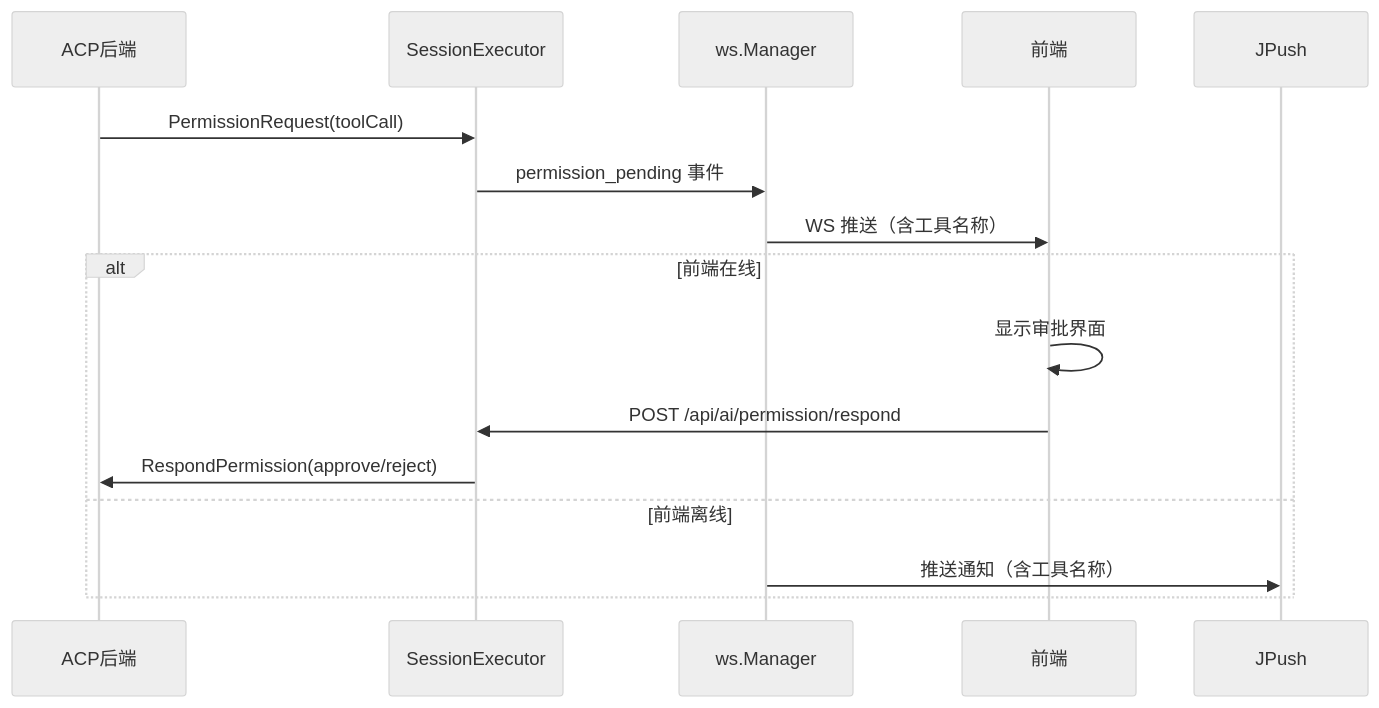
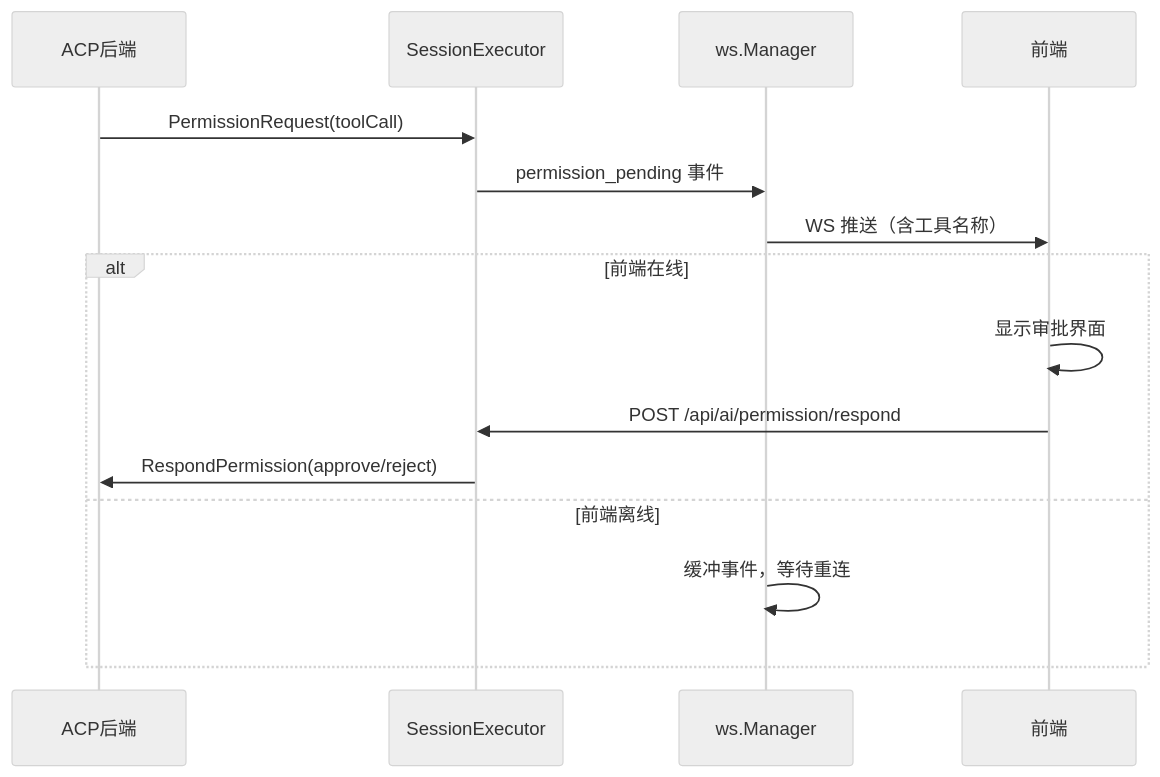
Before and after one commit to ql-isaac/clawbench: the third of 3 diagrams in docs/spec/core/chat-flow.md, drawn with Mermaid (neutral theme). The commit also changed other lines of this file and 281 other files, not shown here.

````diff
--- a/docs/spec/core/chat-flow.md
+++ b/docs/spec/core/chat-flow.md
@@ -52,19 +52,18 @@
 ```mermaid
 sequenceDiagram
     participant ACP后端
     participant SessionExecutor
     participant ws.Manager
     participant 前端
-    participant JPush
 
     ACP后端->>SessionExecutor: PermissionRequest(toolCall)
     SessionExecutor->>ws.Manager: permission_pending 事件
     ws.Manager->>前端: WS 推送（含工具名称）
     alt 前端在线
         前端->>前端: 显示审批界面
         前端->>SessionExecutor: POST /api/ai/permission/respond
         SessionExecutor->>ACP后端: RespondPermission(approve/reject)
     else 前端离线
-        ws.Manager->>JPush: 推送通知（含工具名称）
+        ws.Manager->>ws.Manager: 缓冲事件，等待重连
     end
 ```
````
